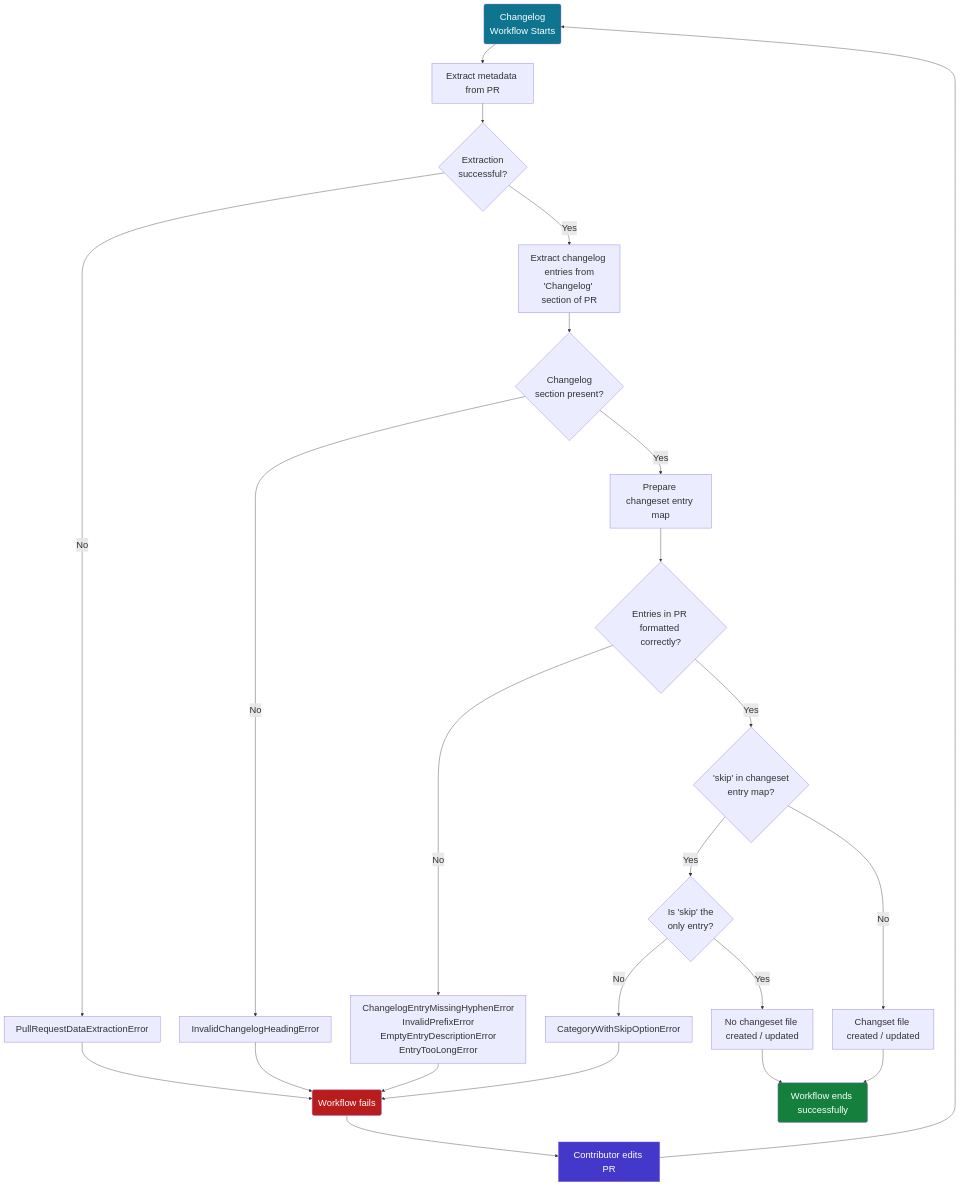
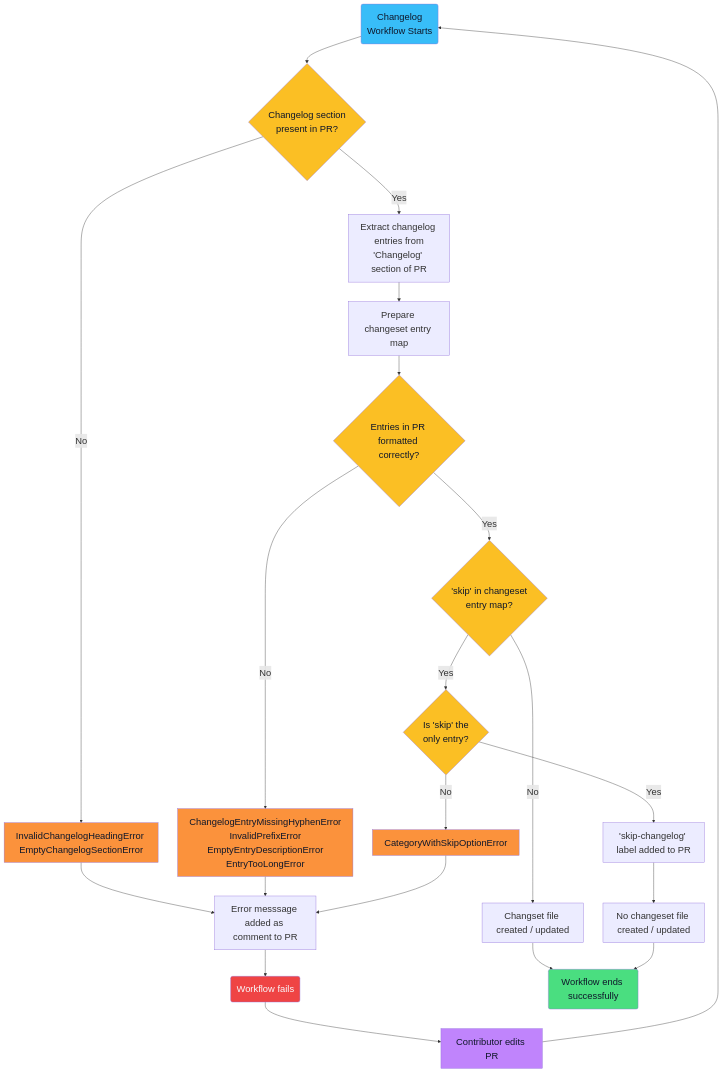
The diagram in README.md (ashwin-pc/OpenSearch_Changelog_Workflow), drawn with Mermaid before and after one commit.

Commit message:
Refactor flow chart

````diff
--- a/README.md
+++ b/README.md
@@ -121,32 +121,36 @@
 ```mermaid
 %%{init: {'themeVariables': { 'fontSize': '24px' }}}%%
   flowchart TD;
-    A(Changelog \nWorkflow Starts) --> B[Extract metadata from PR]
-    B --> C{Extraction \nsuccessful?}
-    C --> |Yes| G[Extract changelog entries from\n'Changelog' section of PR]
-    C --> |No| D[PullRequestDataExtractionError]
-    D --> E(Workflow fails)
-    E --> F[Contributor edits PR]
-    F --> A
-    G --> H{Changelog \nsection present?}
-    H --> |Yes| J[Prepare changeset entry map]
-    J --> J1{Entries in PR \nformatted correctly?}
-    H --> |No| I[InvalidChangelogHeadingError]
-    I --> E
-    J1 --> |Yes| K{'skip' in changeset \n entry map?}
-    J1 --> |No| L[ChangelogEntryMissingHyphenError\nInvalidPrefixError\nEmptyEntryDescriptionError\nEntryTooLongError]
-    L --> E
-    K --> |Yes| M{Is 'skip' the \nonly entry?}
-    K --> |No| N[Changset file created / updated]
-    M --> |Yes| O[No changeset file created / updated]
-    M --> |No| Q[CategoryWithSkipOptionError]
+    A(Changelog \nWorkflow Starts) --> B{Changelog section\n present in PR?}
+    B --> |Yes| C[Extract changelog entries from\n'Changelog' section of PR]
+    B --> |No| D[InvalidChangelogHeadingError \nEmptyChangelogSectionError]
+    D --> E[Error messsage added as comment to PR]
+    E --> F(Workflow fails)
+    F --> G[Contributor edits PR]
+    G --> A
+    C --> H[Prepare changeset entry map]
+    H --> I{Entries in PR \nformatted correctly?}
+    I --> |Yes| J{'skip' in changeset \n entry map?}
+    I --> |No| K[ChangelogEntryMissingHyphenError\nInvalidPrefixError\nEmptyEntryDescriptionError\nEntryTooLongError]
+    K --> E
+    J --> |Yes| L{Is 'skip' the \nonly entry?}
+    J --> |No| M[Changset file created / updated]
+    M --> N(Workflow ends successfully)
+    L --> |Yes| O['skip-changelog' label added to PR]
+    O --> P[No changeset file created / updated]
+    P --> N
+    L --> |No| Q[CategoryWithSkipOptionError]
     Q --> E
-    O --> P
-    N --> P(Workflow ends successfully)
 
-    style A fill:#0e7490,color:white
-    style E fill:#b91c1c,color:white
-    style F fill:#4338ca,color:white
-    style P fill:#15803d,color:white
-
+    style A fill:#38bdf8,color:#0f172a
+    style B fill:#fbbf24,color:#0f172a
+    style D fill:#fb923c,color:#0f172a
+    style F fill:#ef4444,color:#f8fafc
+    style G fill:#c084fc,color:#0f172a
+    style I fill:#fbbf24,color:#0f172a
+    style J fill:#fbbf24,color:#0f172a
+    style K fill:#fb923c,color:#0f172a
+    style L fill:#fbbf24,color:#0f172a
+    style Q fill:#fb923c,color:#0f172a
+    style N fill:#4ade80,color:#0f172a
 ```
````
